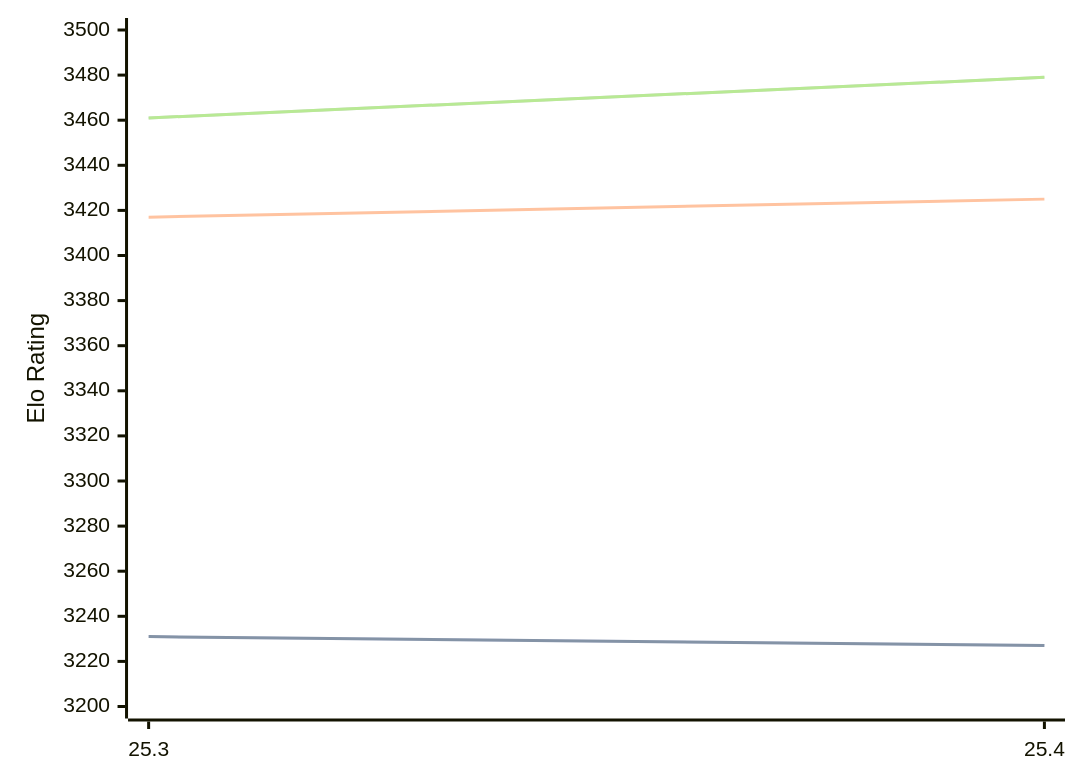
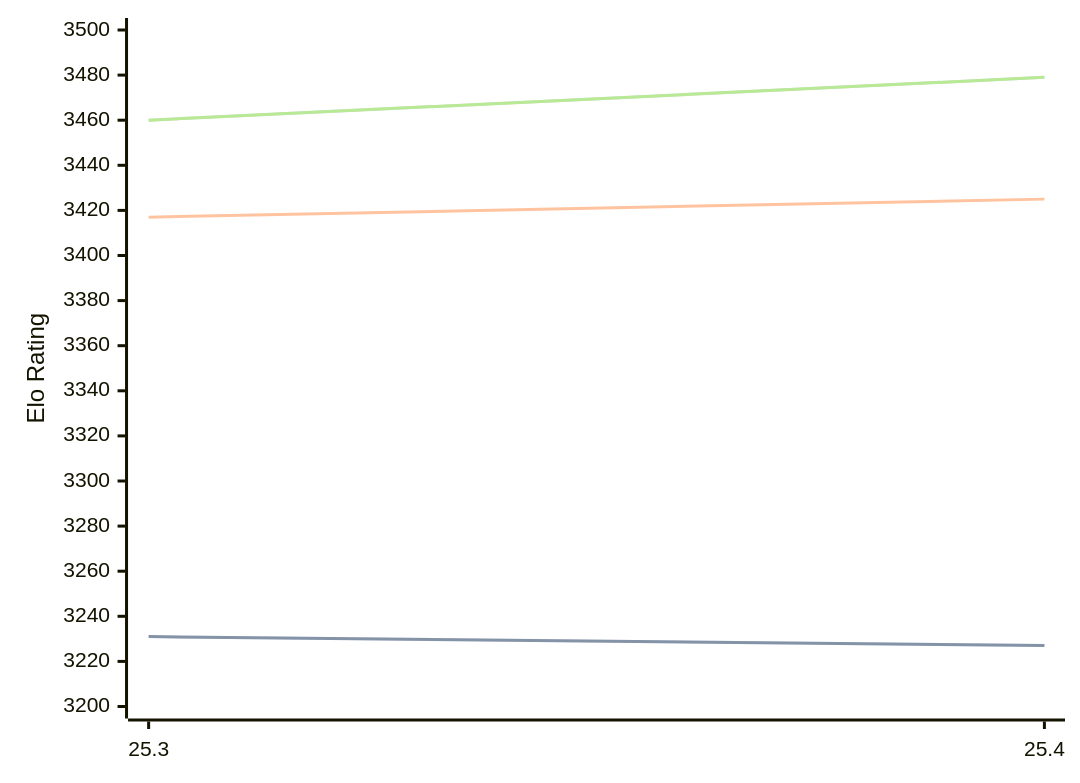
The third of 3 diagrams in engines/Arasan.md (computer-chess-index/cci), drawn with Mermaid before and after one commit. The commit also changed other lines of this file, not shown here.

Commit message:
Update CCI Ratings (ELO VLTC) - 2026-07-03

````diff
--- a/engines/Arasan.md
+++ b/engines/Arasan.md
@@ -66,11 +66,11 @@
 ```mermaid
 %%{init: {"theme":"base","themeVariables":{"seriesColors:['#a3a3a3','#222221','#faa371']}}}%%
 xychart-beta
   x-axis ["25.3", "25.4"]
   y-axis "Elo Rating" 3200 --> 3500
   line "STC (8.0+0.08s)" [3231, 3227]
   line "STC (8.0+0.08s)" [3231, 3227]
   line "LTC (60.0+0.60s)" [3417, 3425]
-  line "VLTC (2m24s+1.12s)" [3461, 3479]
-  line "VLTC (2m24s+1.12s)" [3461, 3479]
+  line "VLTC (2m24s+1.12s)" [3460, 3479]
+  line "VLTC (2m24s+1.12s)" [3460, 3479]
 ```
````
